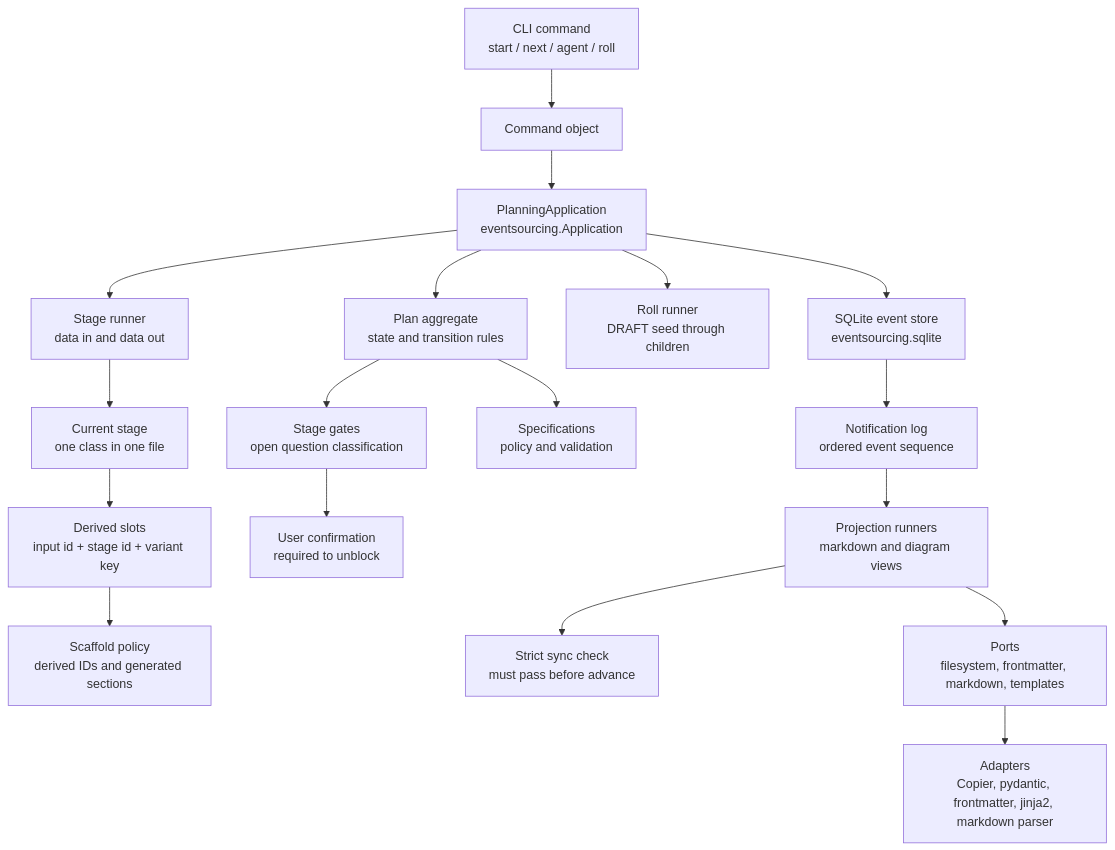
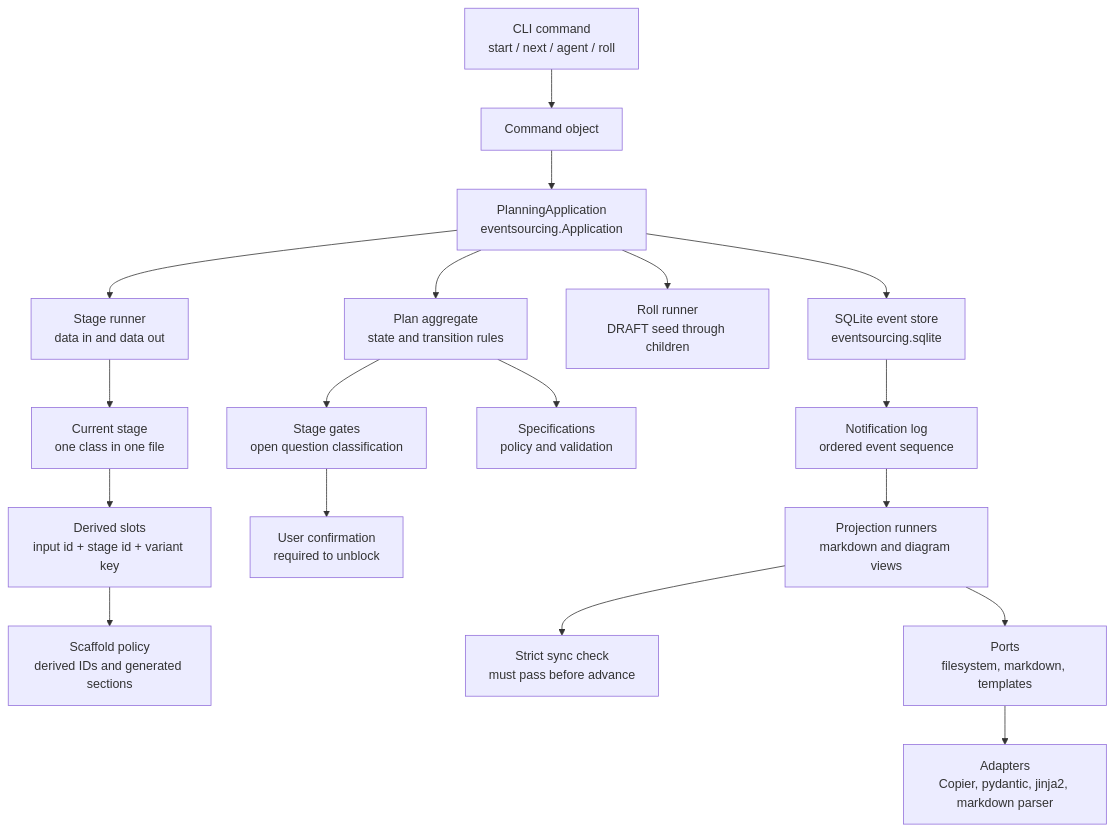
The sixth of 14 diagrams in .enclosure/plans/planning-workflow/UML.md (9orky/enclosure), drawn with Mermaid before and after one commit. The commit also changed other lines of this file and 18 other files, not shown here.

````diff
--- a/.enclosure/plans/planning-workflow/UML.md
+++ b/.enclosure/plans/planning-workflow/UML.md
@@ -240,20 +229,20 @@
 ```mermaid
 flowchart TB
     CLI["CLI command\nstart / next / agent / roll"] --> Command["Command object"]
     Command --> App["PlanningApplication\neventsourcing.Application"]
     App --> Aggregate["Plan aggregate\nstate and transition rules"]
     App --> Runner["Stage runner\ndata in and data out"]
     Runner --> Stage["Current stage\none class in one file"]
     Stage --> Slots["Derived slots\ninput id + stage id + variant key"]
     Slots --> Scaffold["Scaffold policy\nderived IDs and generated sections"]
     App --> Roll["Roll runner\nDRAFT seed through children"]
     Aggregate --> Gates["Stage gates\nopen question classification"]
     Gates --> Confirm["User confirmation\nrequired to unblock"]
     Aggregate --> Specs["Specifications\npolicy and validation"]
     App --> Store["SQLite event store\neventsourcing.sqlite"]
     Store --> Notifications["Notification log\nordered event sequence"]
     Notifications --> Projectors["Projection runners\nmarkdown and diagram views"]
     Projectors --> Sync["Strict sync check\nmust pass before advance"]
-    Projectors --> Ports["Ports\nfilesystem, frontmatter, markdown, templates"]
-    Ports --> Adapters["Adapters\nCopier, pydantic, frontmatter, jinja2, markdown parser"]
+    Projectors --> Ports["Ports\nfilesystem, markdown, templates"]
+    Ports --> Adapters["Adapters\nCopier, pydantic, jinja2, markdown parser"]
 ```
````
